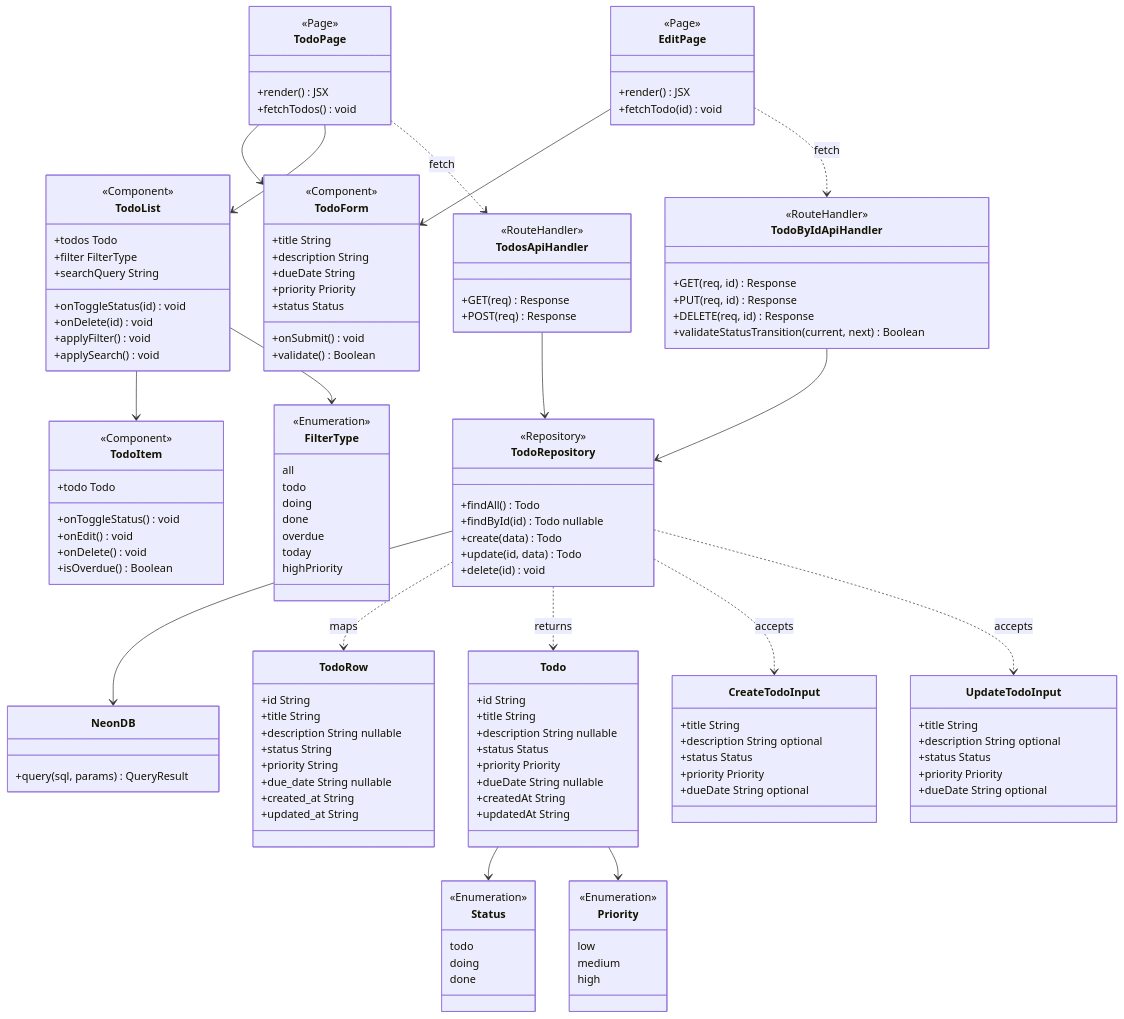
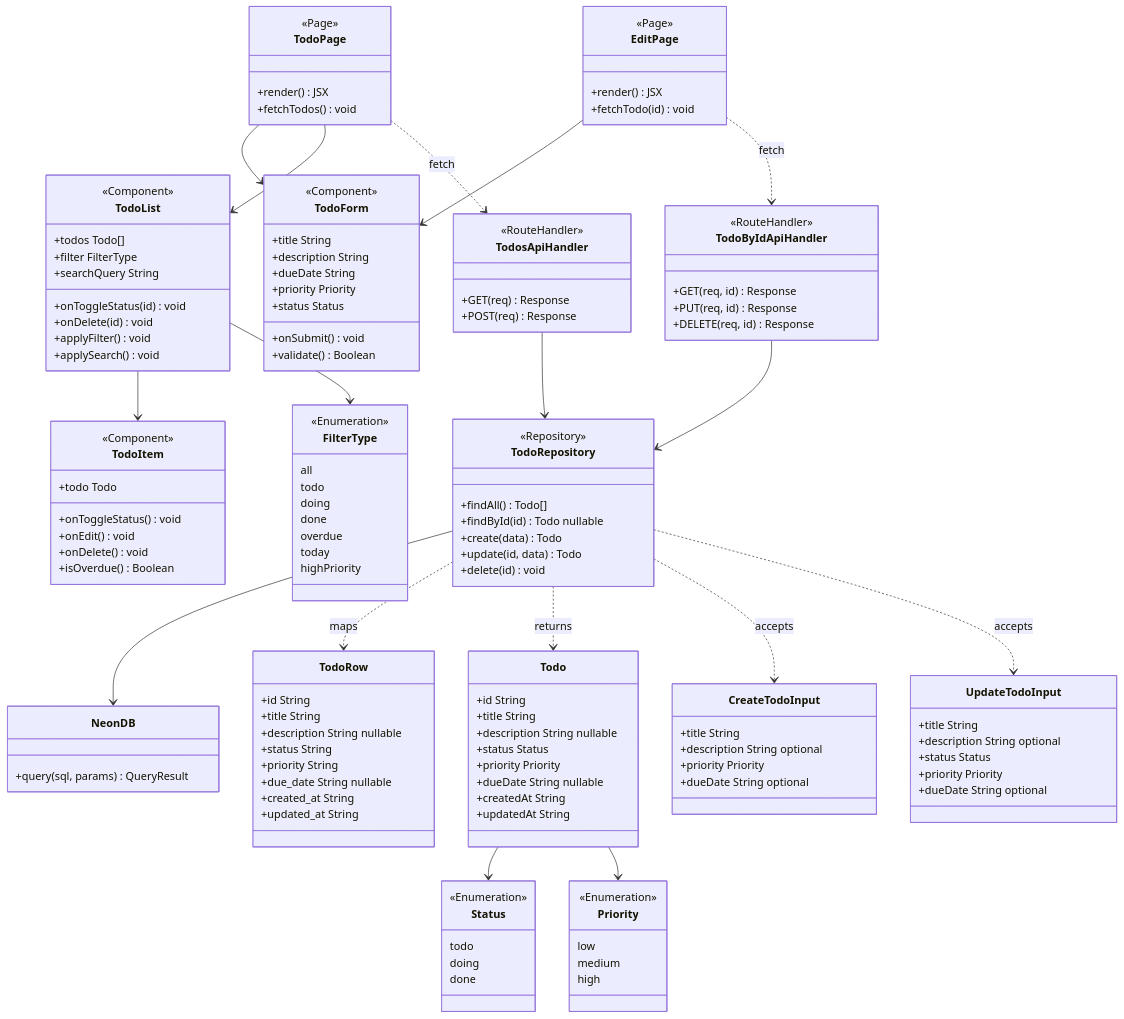
One commit to garyohosu/Vercel_todo changed the diagram in CLASS.md. Above: the diagram before and after it, drawn with Mermaid. The commit also changed other lines of this file and 4 other files, not shown here.

```diff
--- a/CLASS.md
+++ b/CLASS.md
@@ -34,7 +34,7 @@
 
     class TodoList {
         <<Component>>
-        +todos Todo
+        +todos Todo[]
         +filter FilterType
         +searchQuery String
         +onToggleStatus(id) void
@@ -63,12 +63,11 @@
         +GET(req, id) Response
         +PUT(req, id) Response
         +DELETE(req, id) Response
-        +validateStatusTransition(current, next) Boolean
     }
 
     class TodoRepository {
         <<Repository>>
-        +findAll() Todo
+        +findAll() Todo[]
         +findById(id) Todo nullable
         +create(data) Todo
         +update(id, data) Todo
@@ -104,7 +103,6 @@
     class CreateTodoInput {
         +title String
         +description String optional
-        +status Status
         +priority Priority
         +dueDate String optional
     }
```
